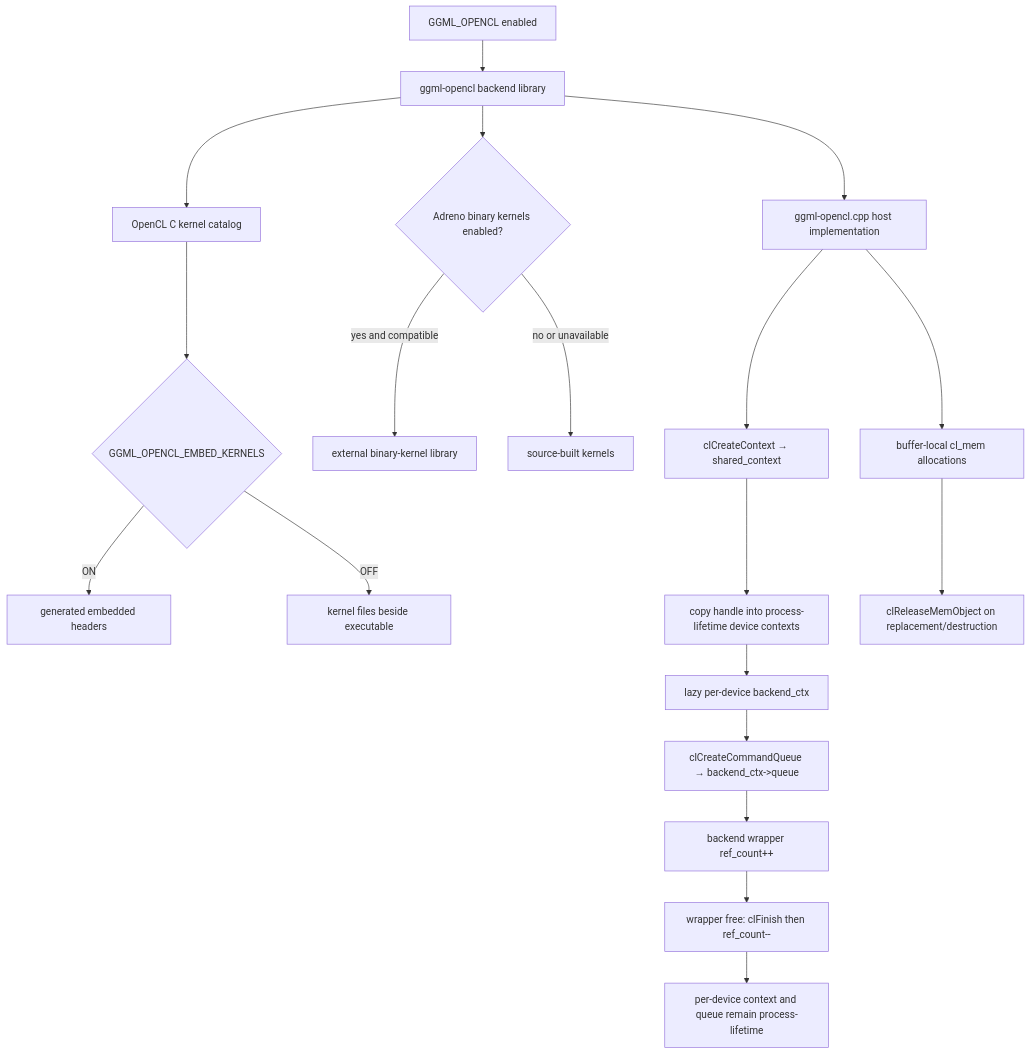
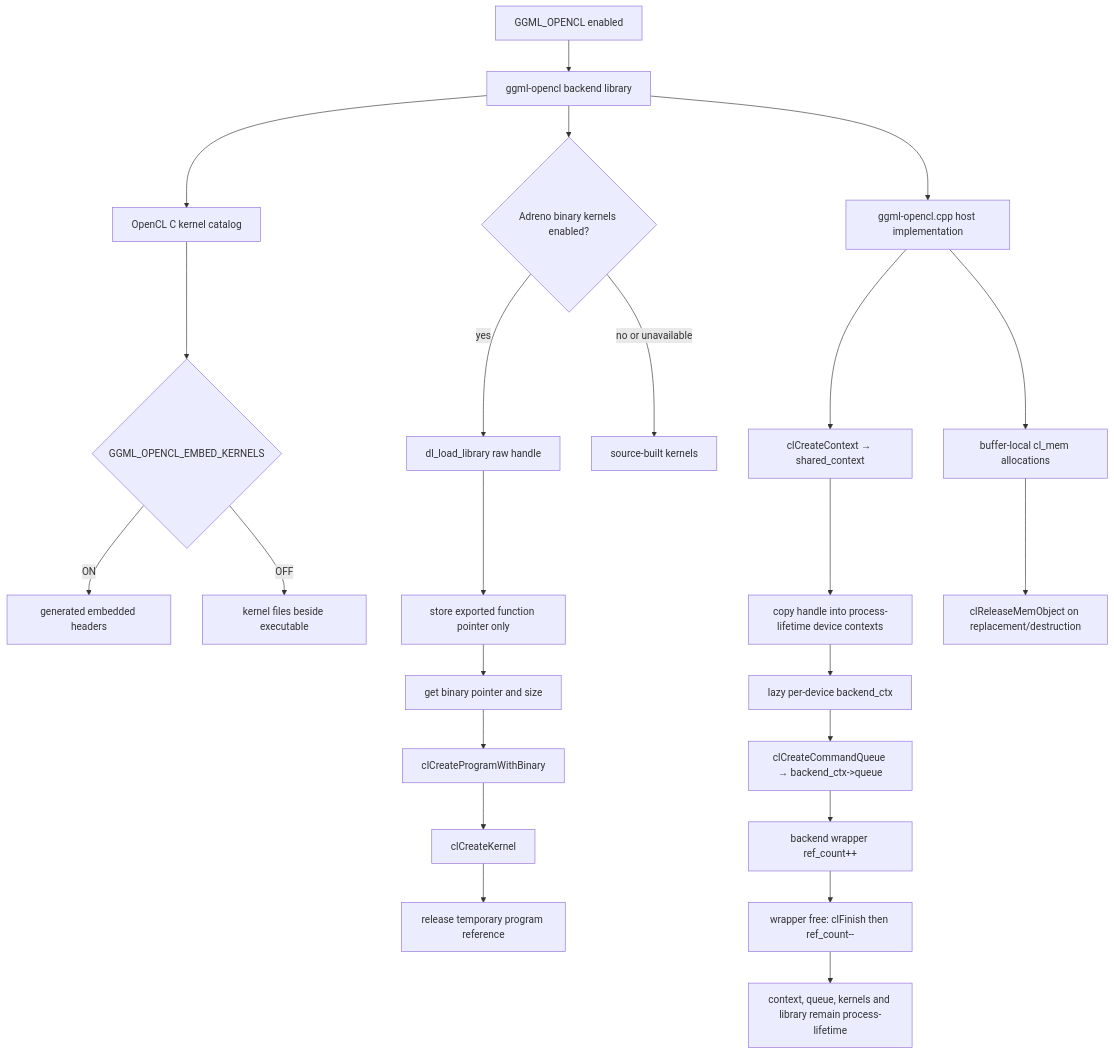
The diagram in docs/architecture/opencl-build-and-buffer-lifetimes.md (mohammed-alaa40123/How.to.llama.cpp), drawn with Mermaid before and after one commit. The commit also changed other lines of this file, not shown here.

Commit message:
docs: resolve Adreno binary library lifetime

````diff
--- a/docs/architecture/opencl-build-and-buffer-lifetimes.md
+++ b/docs/architecture/opencl-build-and-buffer-lifetimes.md
@@ -13,21 +15,26 @@
 ```mermaid
 flowchart TD
     O[GGML_OPENCL enabled] --> C[ggml-opencl backend library]
     C --> H[ggml-opencl.cpp host implementation]
     C --> K[OpenCL C kernel catalog]
     K --> E{GGML_OPENCL_EMBED_KERNELS}
     E -->|ON| EH[generated embedded headers]
     E -->|OFF| KF[kernel files beside executable]
     C --> B{Adreno binary kernels enabled?}
-    B -->|yes and compatible| BK[external binary-kernel library]
+    B -->|yes| DL[dl_load_library raw handle]
+    DL --> SYM[store exported function pointer only]
+    SYM --> BIN[get binary pointer and size]
+    BIN --> CPB[clCreateProgramWithBinary]
+    CPB --> CK[clCreateKernel]
+    CK --> RP[release temporary program reference]
     B -->|no or unavailable| SK[source-built kernels]
     H --> SC[clCreateContext → shared_context]
     SC --> DV[copy handle into process-lifetime device contexts]
     DV --> BC[lazy per-device backend_ctx]
     BC --> Q[clCreateCommandQueue → backend_ctx->queue]
     Q --> W[backend wrapper ref_count++]
     W --> F[wrapper free: clFinish then ref_count--]
-    F --> P[per-device context and queue remain process-lifetime]
+    F --> P[context, queue, kernels and library remain process-lifetime]
     H --> M[buffer-local cl_mem allocations]
     M --> R[clReleaseMemObject on replacement/destruction]
 ```
````
